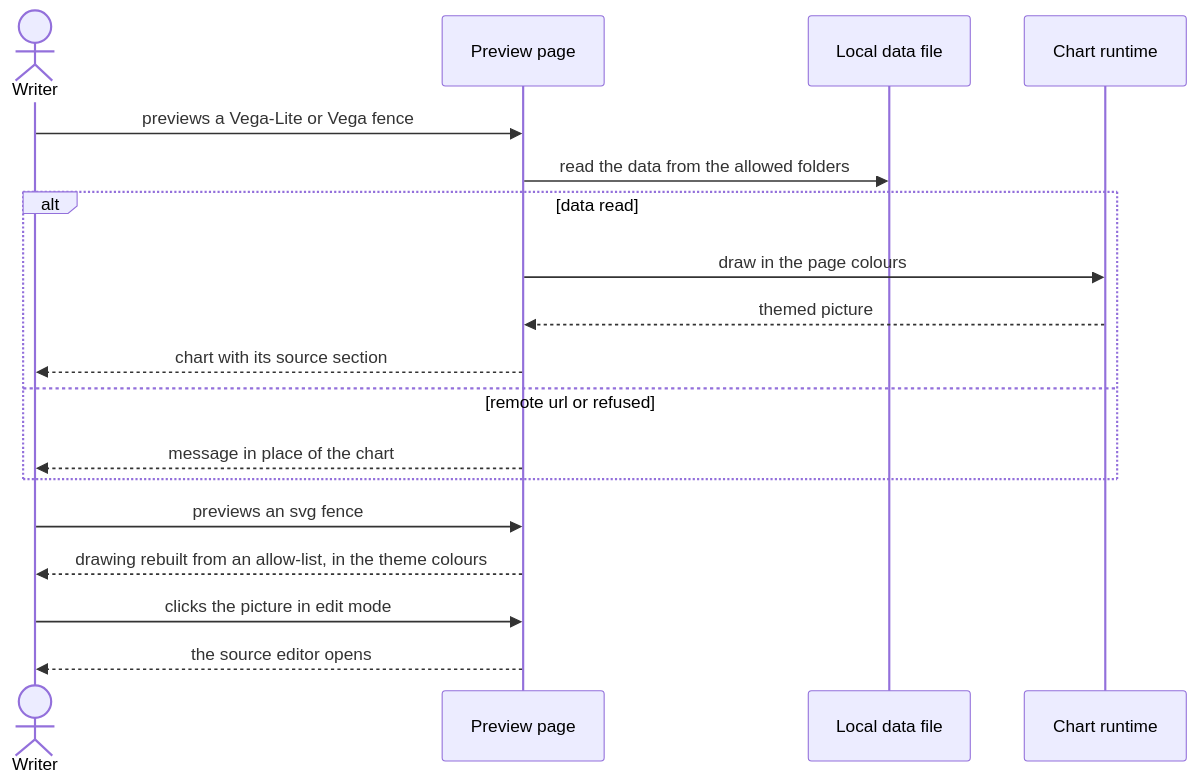
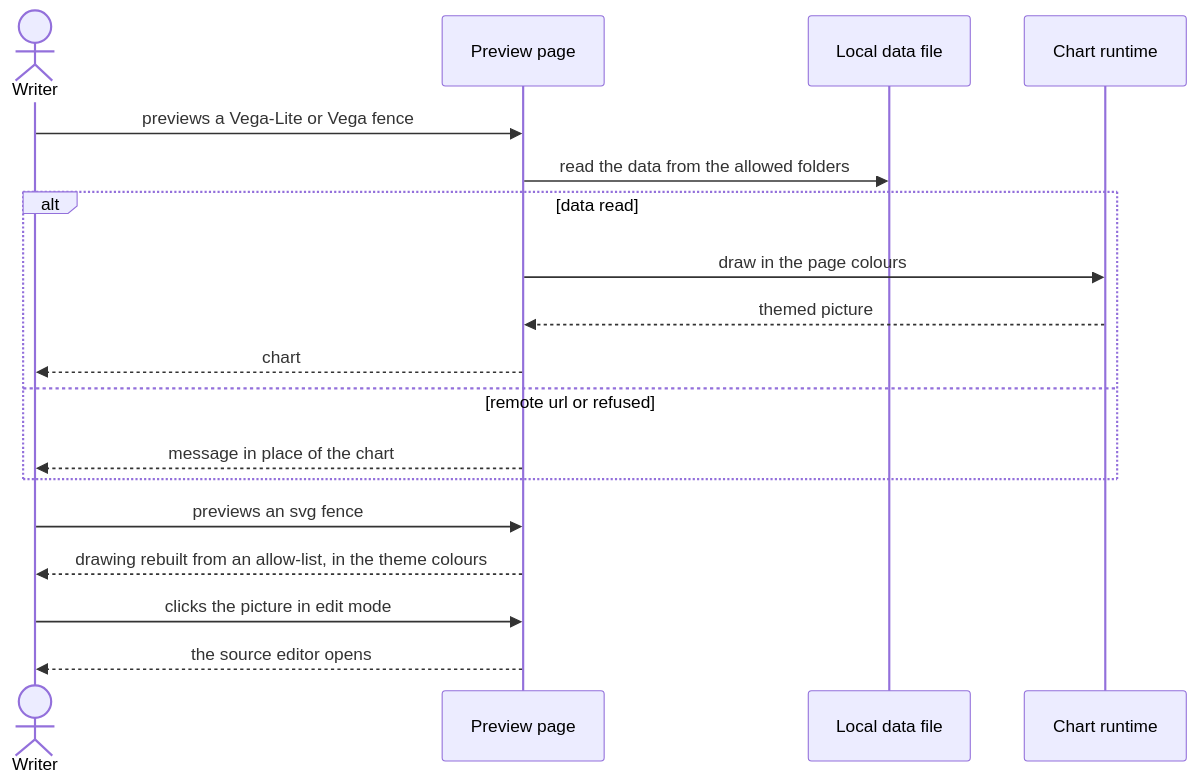
One commit to gsemet/markdown-okf-schema-studio changed the diagram in requirements/tiers/strs/diagrams/StRS-MDOKFSTUDIO-DIAG-015.md. Above: the diagram before and after it, drawn with Mermaid. The commit also changed other lines of this file and 29 other files, not shown here.

First line of the commit message:
feat(render): show a figure's source only when it fails to draw

````diff
--- a/requirements/tiers/strs/diagrams/StRS-MDOKFSTUDIO-DIAG-015.md
+++ b/requirements/tiers/strs/diagrams/StRS-MDOKFSTUDIO-DIAG-015.md
@@ -56,20 +56,20 @@
 ```mermaid
 sequenceDiagram
     actor W as Writer
     participant P as Preview page
     participant F as Local data file
     participant C as Chart runtime
     W->>P: previews a Vega-Lite or Vega fence
     P->>F: read the data from the allowed folders
     alt data read
         P->>C: draw in the page colours
         C-->>P: themed picture
-        P-->>W: chart with its source section
+        P-->>W: chart
     else remote url or refused
         P-->>W: message in place of the chart
     end
     W->>P: previews an svg fence
     P-->>W: drawing rebuilt from an allow-list, in the theme colours
     W->>P: clicks the picture in edit mode
     P-->>W: the source editor opens
 ```
````
